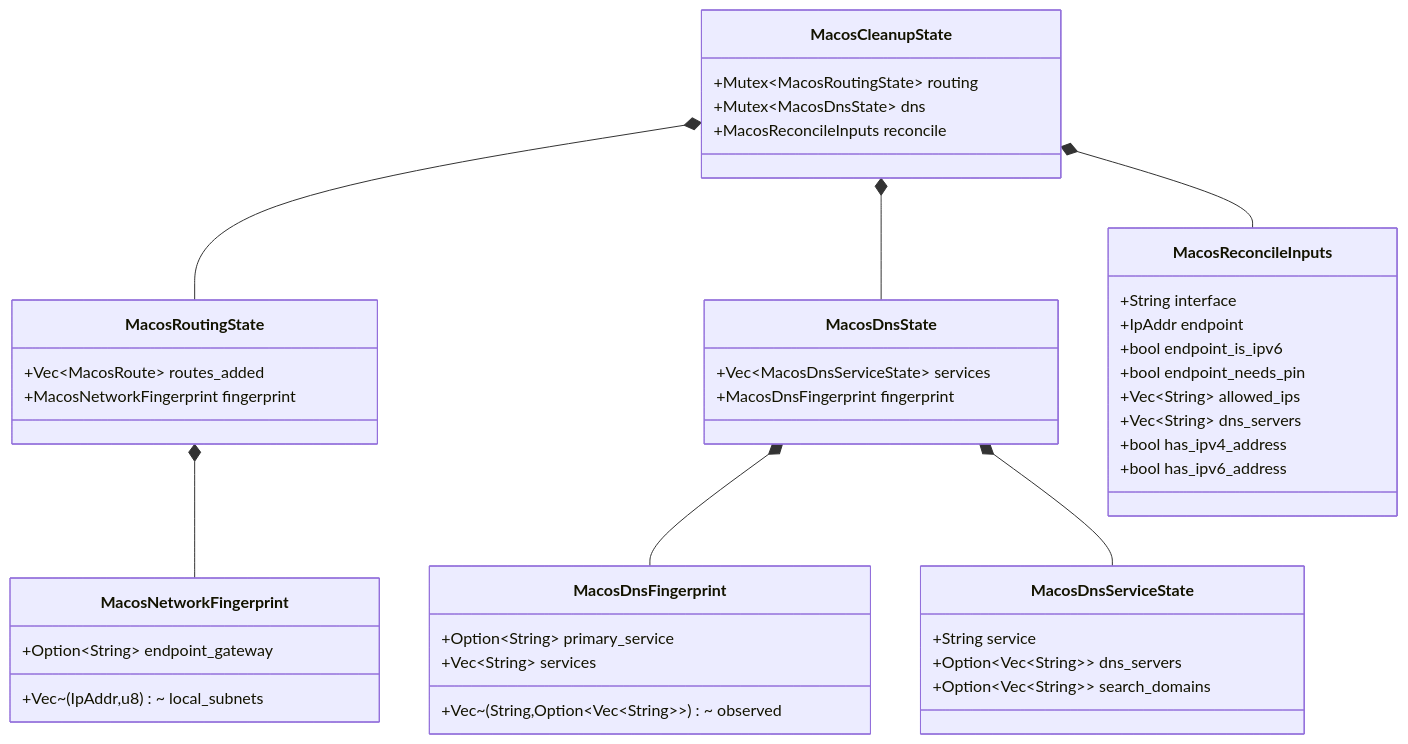
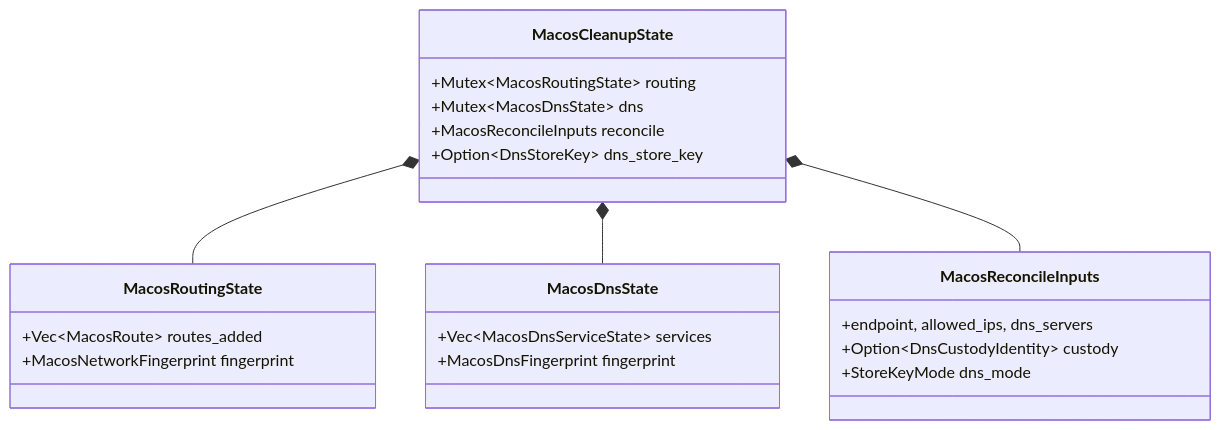
One commit to pansen/macos-wireguard-daemon changed the ninth of 11 diagrams in doc/architecture.md. Above: the diagram before and after it, drawn with Mermaid. The commit also changed other lines of this file and 4 other files, not shown here.

````diff
--- a/doc/architecture.md
+++ b/doc/architecture.md
@@ -528,47 +403,25 @@
 ```mermaid
 classDiagram
     class MacosCleanupState {
         +Mutex~MacosRoutingState~ routing
         +Mutex~MacosDnsState~ dns
         +MacosReconcileInputs reconcile
+        +Option~DnsStoreKey~ dns_store_key
     }
     class MacosRoutingState {
         +Vec~MacosRoute~ routes_added
         +MacosNetworkFingerprint fingerprint
     }
     class MacosDnsState {
         +Vec~MacosDnsServiceState~ services
         +MacosDnsFingerprint fingerprint
     }
     class MacosReconcileInputs {
-        +String interface
-        +IpAddr endpoint
-        +bool endpoint_is_ipv6
-        +bool endpoint_needs_pin
-        +Vec~String~ allowed_ips
-        +Vec~String~ dns_servers
-        +bool has_ipv4_address
-        +bool has_ipv6_address
+        +endpoint, allowed_ips, dns_servers
+        +Option~DnsCustodyIdentity~ custody
+        +StoreKeyMode dns_mode
     }
-    class MacosNetworkFingerprint {
-        +Vec~(IpAddr,u8)~ local_subnets
-        +Option~String~ endpoint_gateway
-    }
-    class MacosDnsFingerprint {
-        +Option~String~ primary_service
-        +Vec~String~ services
-        +Vec~(String,Option~Vec~String~~)~ observed
-    }
-    class MacosDnsServiceState {
-        +String service
-        +Option~Vec~String~~ dns_servers
-        +Option~Vec~String~~ search_domains
-    }
-
     MacosCleanupState *-- MacosRoutingState
     MacosCleanupState *-- MacosDnsState
     MacosCleanupState *-- MacosReconcileInputs
-    MacosRoutingState *-- MacosNetworkFingerprint
-    MacosDnsState *-- MacosDnsFingerprint
-    MacosDnsState *-- MacosDnsServiceState
 ```
````
